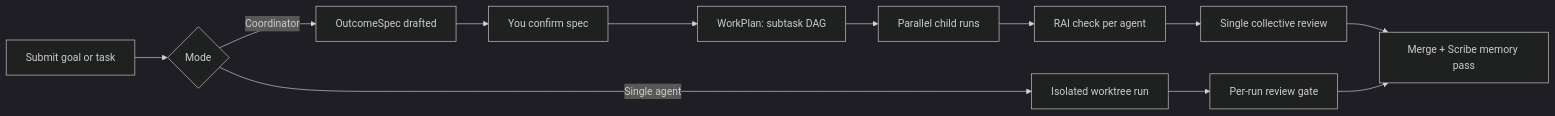
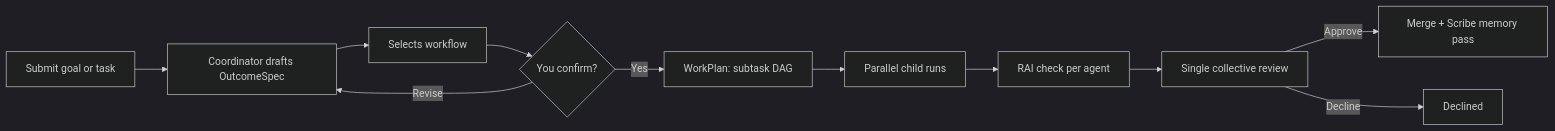
The diagram in docs/index.md (sabbour/agentweaver), drawn with Mermaid (dark theme) before and after one commit. The commit also changed other lines of this file and 4 other files, not shown here.

First line of the commit message:
docs: document workflow picker + auto-selection in Start task dialog

````diff
--- a/docs/index.md
+++ b/docs/index.md
@@ -49,14 +49,13 @@
 ```mermaid
 flowchart LR
-    A[Submit goal or task] --> B{Mode}
-    B -->|Single agent| C[Isolated worktree run]
-    B -->|Coordinator| D[OutcomeSpec drafted]
-    D --> E[You confirm spec]
-    E --> F[WorkPlan: subtask DAG]
-    F --> G[Parallel child runs]
-    G --> H[RAI check per agent]
-    H --> I[Single collective review]
-    C --> J[Per-run review gate]
-    I --> K[Merge + Scribe memory pass]
-    J --> K
+    A[Submit goal or task] --> B[Coordinator drafts OutcomeSpec]
+    B --> W[Selects workflow]
+    W --> C{You confirm?}
+    C -- Yes --> D[WorkPlan: subtask DAG]
+    C -- Revise --> B
+    D --> E[Parallel child runs]
+    E --> F[RAI check per agent]
+    F --> G[Single collective review]
+    G -- Approve --> H[Merge + Scribe memory pass]
+    G -- Decline --> I[Declined]
 ```
````
